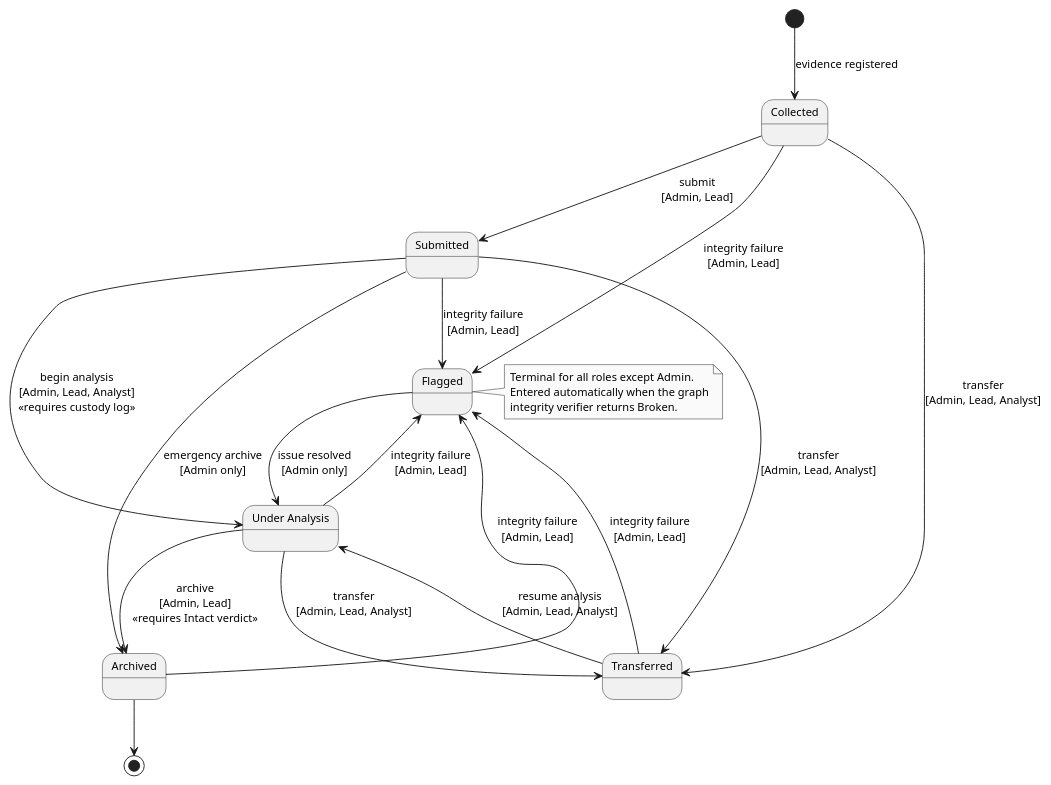
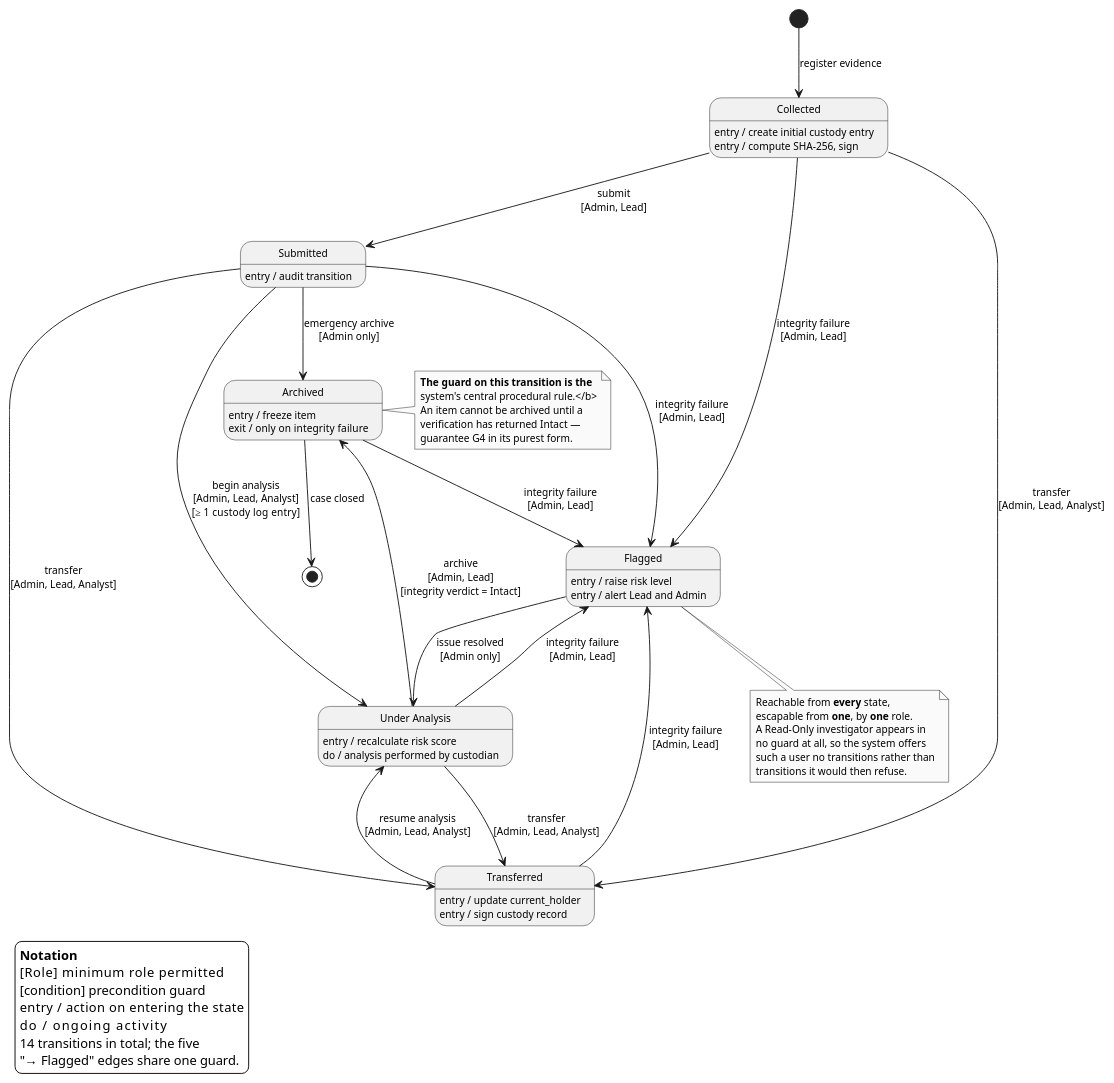
The diagram in diagrams_plantuml/04_state_lifecycle.puml (vidhyaharini0/DEICMS), drawn with PlantUML before and after one commit. The commit also changed 22 other files, not shown here.

Commit message:
Rewrite all 11 UML diagrams with proper UML semantics; make class and ER diagrams genuinely distinct; add class-vs-ER comparison to Ch8

```diff
--- a/diagrams_plantuml/04_state_lifecycle.puml
+++ b/diagrams_plantuml/04_state_lifecycle.puml
@@ -1,40 +1,78 @@
 @startuml
-' Figure 8.9 - Evidence Lifecycle State Machine
+' Figure 8.9 - State Machine Diagram: Evidence Lifecycle
 skinparam monochrome true
 skinparam shadowing false
 skinparam defaultFontName Arial
-skinparam defaultFontSize 12
+skinparam defaultFontSize 11
 skinparam backgroundColor white
 
-state UnderAnalysis as "Under Analysis"
+state "Collected" as C
+state "Submitted" as S
+state "Under Analysis" as UA
+state "Transferred" as T
+state "Archived" as AR
+state "Flagged" as F
 
-[*] --> Collected : evidence registered
+C  : entry / create initial custody entry
+C  : entry / compute SHA-256, sign
+S  : entry / audit transition
+UA : entry / recalculate risk score
+UA : do / analysis performed by custodian
+T  : entry / update current_holder
+T  : entry / sign custody record
+AR : entry / freeze item
+AR : exit  / only on integrity failure
+F  : entry / raise risk level
+F  : entry / alert Lead and Admin
 
-Collected --> Submitted : submit\n[Admin, Lead]
-Collected --> Transferred : transfer\n[Admin, Lead, Analyst]
+[*] --> C : register evidence
 
-Submitted --> UnderAnalysis : begin analysis\n[Admin, Lead, Analyst]\n<<requires custody log>>
-Submitted --> Transferred : transfer\n[Admin, Lead, Analyst]
-Submitted --> Archived : emergency archive\n[Admin only]
+C  --> S  : submit\n[Admin, Lead]
+C  --> T  : transfer\n[Admin, Lead, Analyst]
 
-UnderAnalysis --> Transferred : transfer\n[Admin, Lead, Analyst]
-UnderAnalysis --> Archived : archive\n[Admin, Lead]\n<<requires Intact verdict>>
+S  --> UA : begin analysis\n[Admin, Lead, Analyst]\n[≥ 1 custody log entry]
+S  --> T  : transfer\n[Admin, Lead, Analyst]
+S  --> AR : emergency archive\n[Admin only]
 
-Transferred --> UnderAnalysis : resume analysis\n[Admin, Lead, Analyst]
+UA --> T  : transfer\n[Admin, Lead, Analyst]
+UA --> AR : archive\n[Admin, Lead]\n[integrity verdict = Intact]
 
-Collected --> Flagged : integrity failure\n[Admin, Lead]
-Submitted --> Flagged : integrity failure\n[Admin, Lead]
-UnderAnalysis --> Flagged : integrity failure\n[Admin, Lead]
-Transferred --> Flagged : integrity failure\n[Admin, Lead]
-Archived --> Flagged : integrity failure\n[Admin, Lead]
+T  --> UA : resume analysis\n[Admin, Lead, Analyst]
 
-Flagged --> UnderAnalysis : issue resolved\n[Admin only]
+C  --> F : integrity failure\n[Admin, Lead]
+S  --> F : integrity failure\n[Admin, Lead]
+UA --> F : integrity failure\n[Admin, Lead]
+T  --> F : integrity failure\n[Admin, Lead]
+AR --> F : integrity failure\n[Admin, Lead]
 
-Archived --> [*]
+F  --> UA : issue resolved\n[Admin only]
 
-note right of Flagged
-  Terminal for all roles except Admin.
-  Entered automatically when the graph
-  integrity verifier returns Broken.
+AR --> [*] : case closed
+
+note right of AR
+  <b>The guard on this transition is the
+  system's central procedural rule.</b>
+  An item cannot be archived until a
+  verification has returned Intact —
+  guarantee G4 in its purest form.
 end note
+
+note bottom of F
+  Reachable from <b>every</b> state,
+  escapable from <b>one</b>, by <b>one</b> role.
+  A Read-Only investigator appears in
+  no guard at all, so the system offers
+  such a user no transitions rather than
+  transitions it would then refuse.
+end note
+
+legend left
+  <b>Notation</b>
+  [Role]      minimum role permitted
+  [condition] precondition guard
+  entry /     action on entering the state
+  do /        ongoing activity
+  14 transitions in total; the five
+  "→ Flagged" edges share one guard.
+endlegend
 @enduml
```
